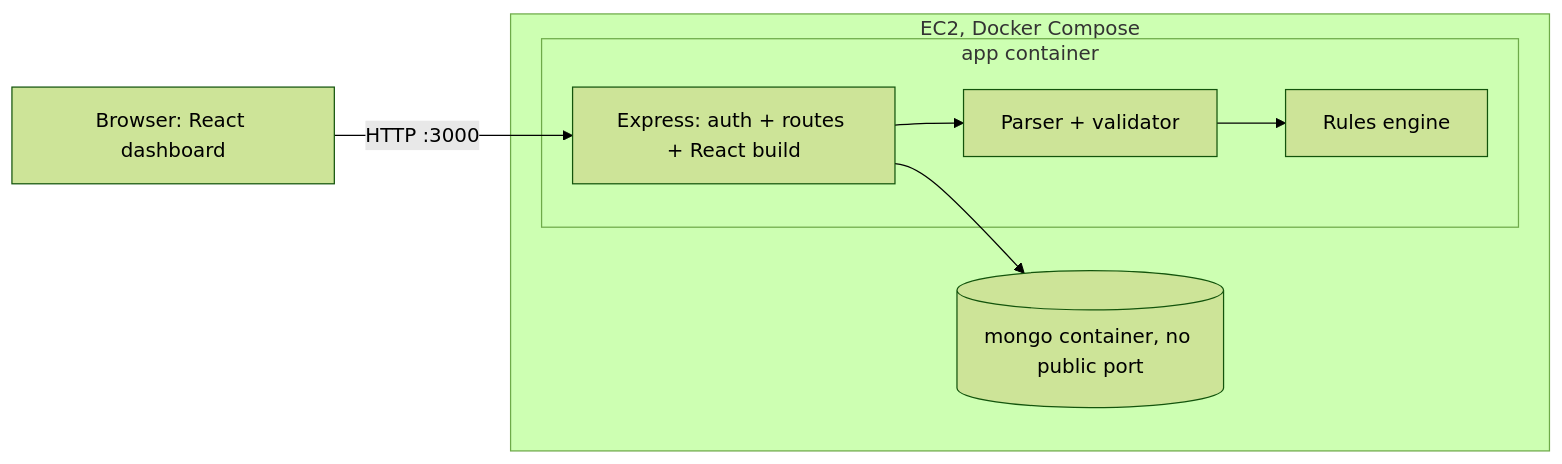
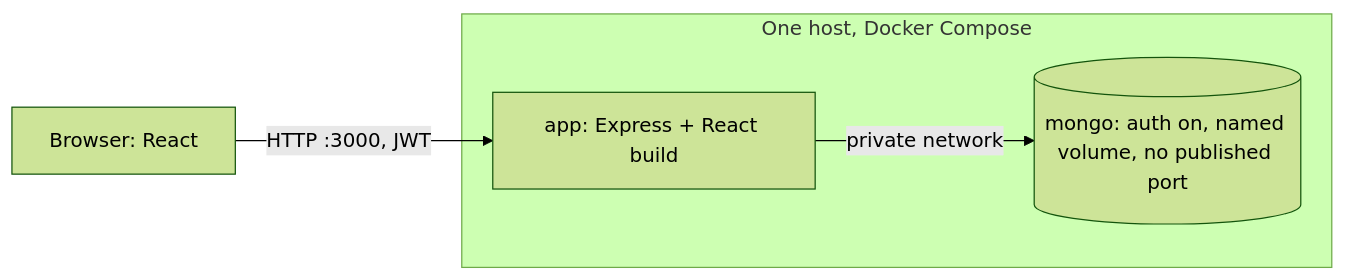
The diagram in SOLUTION_DESIGN.md (sharran-nk/test-hackathon), drawn with Mermaid (forest theme) before and after one commit. The commit also changed other lines of this file and 10 other files, not shown here.

First line of the commit message:
Milestone 7: documentation for login, MongoDB and Docker

````diff
--- a/SOLUTION_DESIGN.md
+++ b/SOLUTION_DESIGN.md
@@ -24,11 +19,7 @@
 ```mermaid
 flowchart LR
-  U["Browser: React dashboard"] -->|"HTTP :3000"| A
-  subgraph EC2["EC2, Docker Compose"]
-    subgraph APP["app container"]
-      A["Express: auth + routes + React build"] --> P["Parser + validator"] --> E["Rules engine"]
-    end
-    D[("mongo container, no public port")]
+  B["Browser: React"] -->|"HTTP :3000, JWT"| A
+  subgraph EC2["One host, Docker Compose"]
+    A["app: Express + React build"] -->|"private network"| M[("mongo: auth on, named volume, no published port")]
   end
-  A --> D
 ```
````
